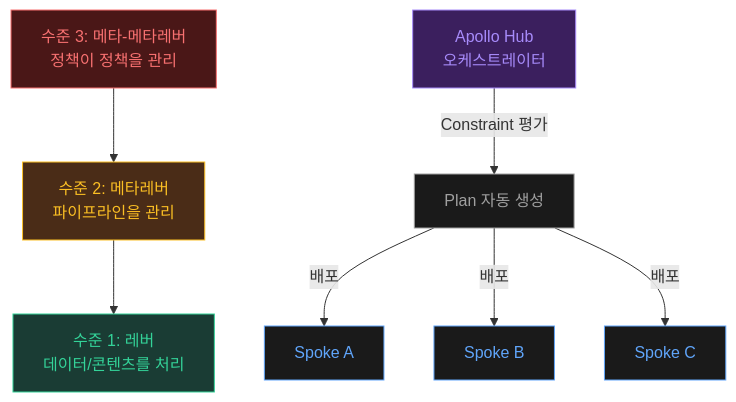
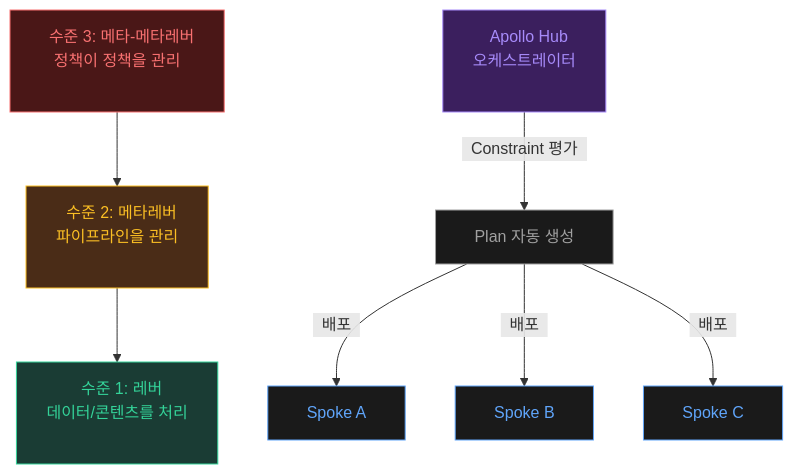
Before and after one commit to kinkos1234/sos: the second of 2 diagrams in site/implementation/index.md, drawn with Mermaid. The commit also changed other lines of this file and 9 other files, not shown here.

Commit message:
style: perfect mermaid edge labels, optimize typography, fix dark mode bugs

````diff
--- a/site/implementation/index.md
+++ b/site/implementation/index.md
@@ -88,19 +88,19 @@
 ```mermaid
 graph TB
-    L3["수준 3: 메타-메타레버<br/>정책이 정책을 관리"] --> L2["수준 2: 메타레버<br/>파이프라인을 관리"]
-    L2 --> L1["수준 1: 레버<br/>데이터/콘텐츠를 처리"]
+    L3["&nbsp;&nbsp;수준 3: 메타-메타레버<br/>정책이 정책을 관리<br/>&nbsp;&nbsp;&nbsp;"] --> L2["&nbsp;&nbsp;수준 2: 메타레버<br/>파이프라인을 관리<br/>&nbsp;&nbsp;&nbsp;"]
+    L2 --> L1["&nbsp;&nbsp;수준 1: 레버<br/>데이터/콘텐츠를 처리<br/>&nbsp;&nbsp;&nbsp;"]
 
-    HUB["Apollo Hub<br/>오케스트레이터"] --> |"Constraint 평가"| PLAN["Plan 자동 생성"]
-    PLAN --> |"배포"| SPOKE1["Spoke A"]
-    PLAN --> |"배포"| SPOKE2["Spoke B"]
-    PLAN --> |"배포"| SPOKE3["Spoke C"]
+    HUB["&nbsp;&nbsp;Apollo Hub<br/>오케스트레이터<br/>&nbsp;&nbsp;&nbsp;"] --> |"&nbsp;&nbsp;Constraint 평가&nbsp;&nbsp;"| PLAN["&nbsp;&nbsp;Plan 자동 생성&nbsp;&nbsp;"]
+    PLAN --> |"&nbsp;&nbsp;배포&nbsp;&nbsp;"| SPOKE1["&nbsp;&nbsp;Spoke A&nbsp;&nbsp;"]
+    PLAN --> |"&nbsp;&nbsp;배포&nbsp;&nbsp;"| SPOKE2["&nbsp;&nbsp;Spoke B&nbsp;&nbsp;"]
+    PLAN --> |"&nbsp;&nbsp;배포&nbsp;&nbsp;"| SPOKE3["&nbsp;&nbsp;Spoke C&nbsp;&nbsp;"]
 
     style L3 fill:#4a1717,stroke:#f87171,color:#f87171
     style L2 fill:#4a2c17,stroke:#fbbf24,color:#fbbf24
     style L1 fill:#1a3c34,stroke:#34d399,color:#34d399
     style HUB fill:#3b1f5e,stroke:#a78bfa,color:#a78bfa
     style PLAN fill:#1a1a1a,stroke:#a0a0a0,color:#a0a0a0
     style SPOKE1 fill:#1a1a1a,stroke:#60a5fa,color:#60a5fa
     style SPOKE2 fill:#1a1a1a,stroke:#60a5fa,color:#60a5fa
     style SPOKE3 fill:#1a1a1a,stroke:#60a5fa,color:#60a5fa
 ```
````
